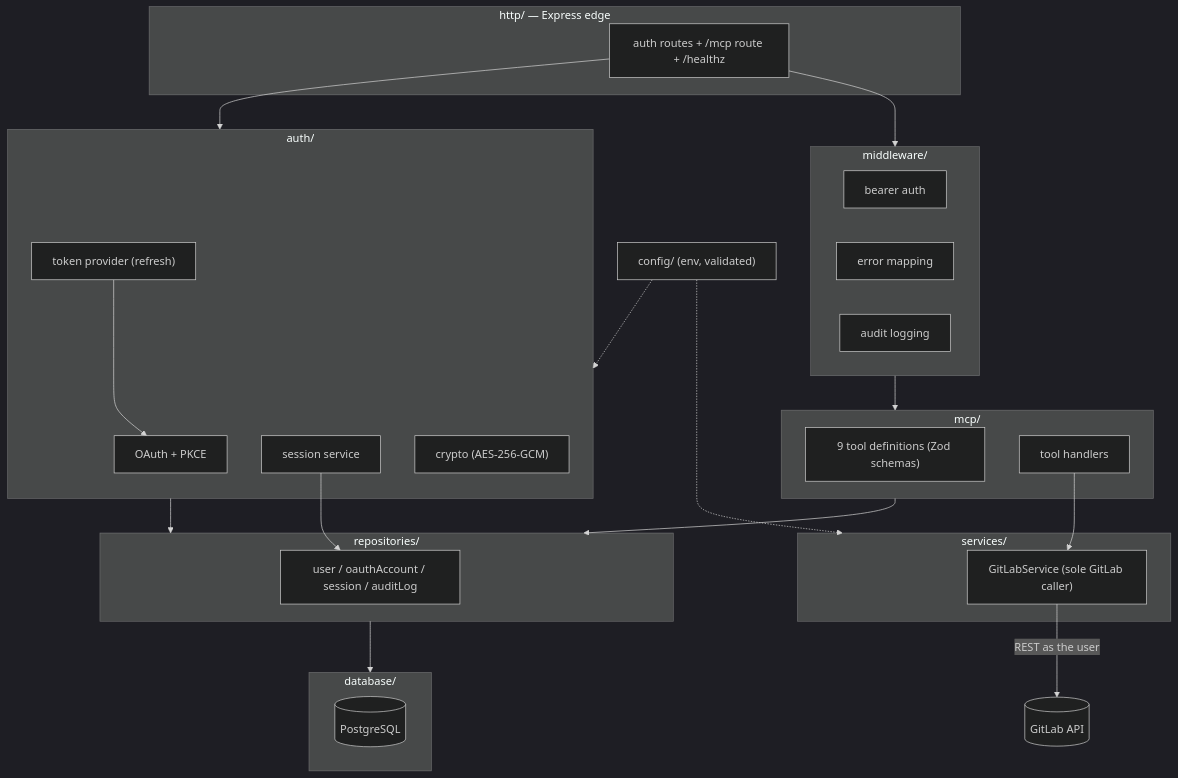
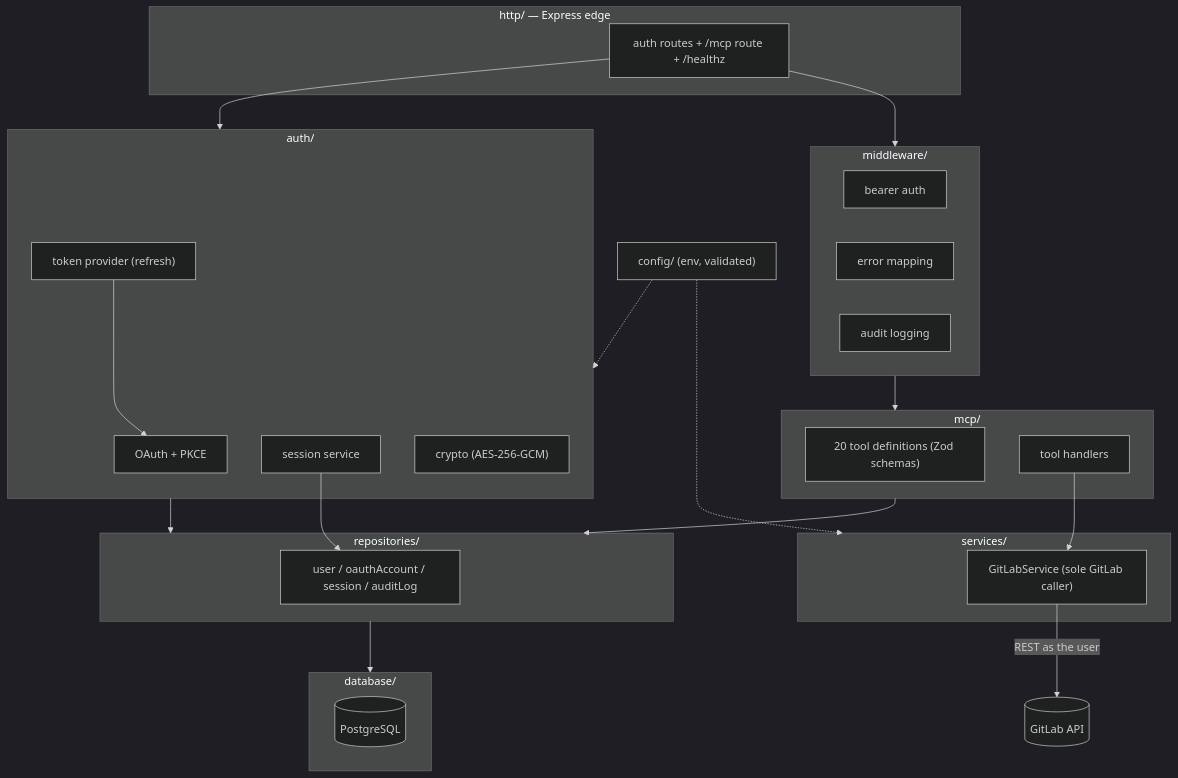
The first of 3 diagrams in docs/architecture.md (lxnewayfarer/gitlab-mcp), drawn with Mermaid (dark theme) before and after one commit. The commit also changed other lines of this file, not shown here.

First line of the commit message:
docs(architecture): correct tool count 9 -> 20

````diff
--- a/docs/architecture.md
+++ b/docs/architecture.md
@@ -21,44 +21,44 @@
 ```mermaid
 flowchart TD
     subgraph HTTP["http/ — Express edge"]
       Routes["auth routes + /mcp route + /healthz"]
     end
     subgraph MW["middleware/"]
       Auth["bearer auth"]
       Err["error mapping"]
       Audit["audit logging"]
     end
     subgraph MCP["mcp/"]
-      Tools["9 tool definitions (Zod schemas)"]
+      Tools["20 tool definitions (Zod schemas)"]
       Handlers["tool handlers"]
     end
     subgraph SVC["services/"]
       GL["GitLabService (sole GitLab caller)"]
     end
     subgraph REPO["repositories/"]
       R["user / oauthAccount / session / auditLog"]
     end
     subgraph DB["database/"]
       PG[("PostgreSQL")]
     end
     subgraph AUTHL["auth/"]
       OAuth["OAuth + PKCE"]
       Sess["session service"]
       Crypto["crypto (AES-256-GCM)"]
       TP["token provider (refresh)"]
     end
     CFG["config/ (env, validated)"]
 
     Routes --> MW
     MW --> MCP
     Handlers --> GL
     GL -->|REST as the user| GLAPI[("GitLab API")]
     MCP --> REPO
     AUTHL --> REPO
     REPO --> DB
     Routes --> AUTHL
     TP --> OAuth
     Sess --> R
     CFG -.-> SVC
     CFG -.-> AUTHL
 ```
````
